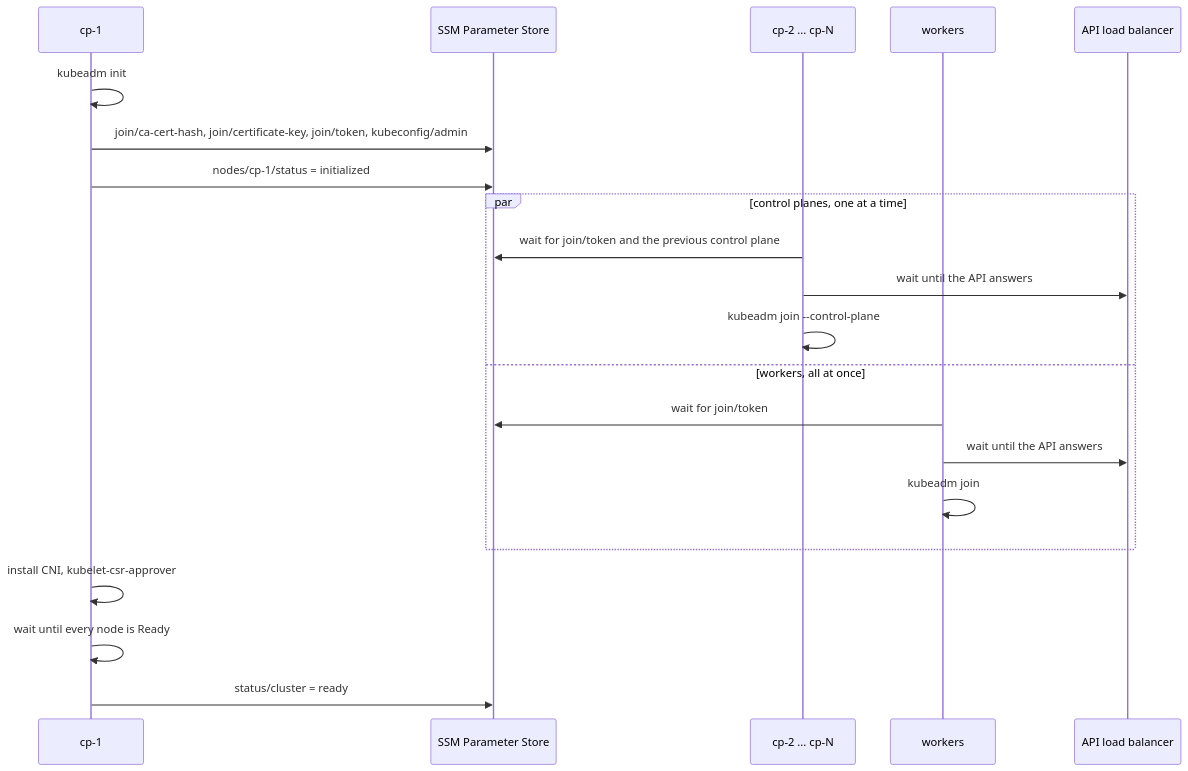
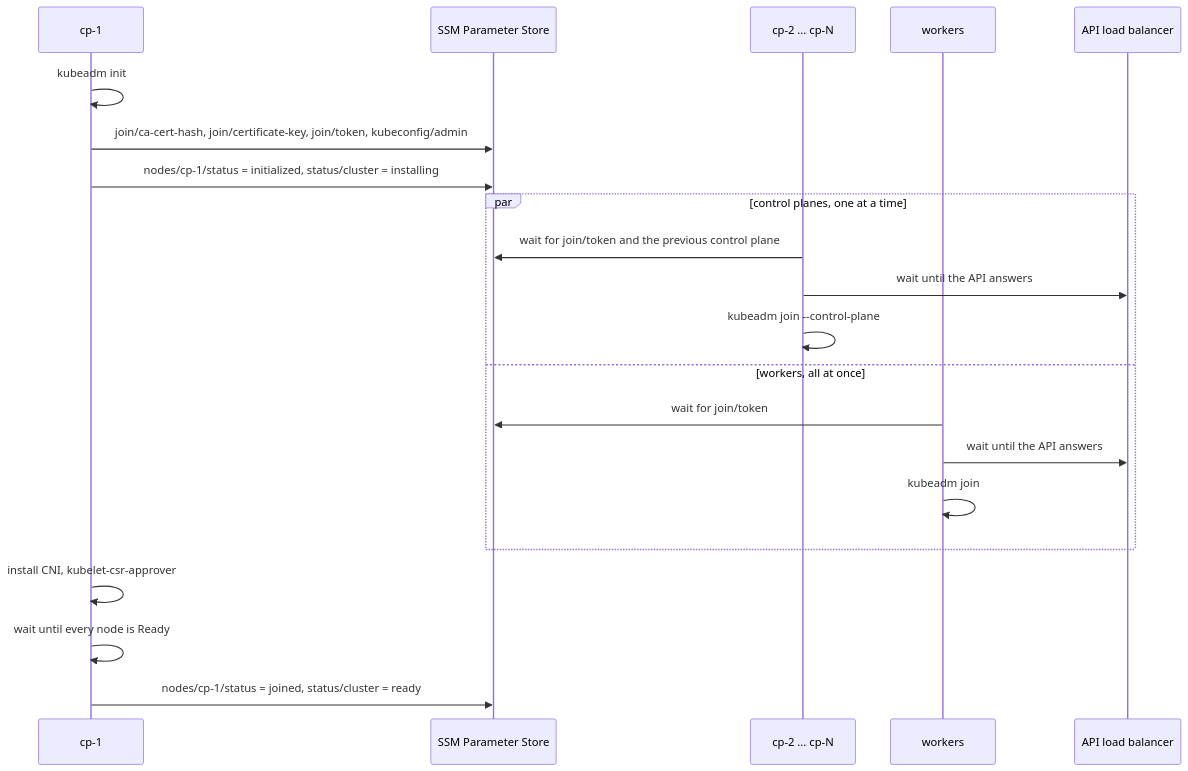
One commit to mauriciomem/kubeadm-cluster-aws changed the second of 2 diagrams in docs/architecture.md. Above: the diagram before and after it, drawn with Mermaid. The commit also changed other lines of this file and 5 other files, not shown here.

````diff
--- a/docs/architecture.md
+++ b/docs/architecture.md
@@ -149,23 +146,23 @@
 ```mermaid
 sequenceDiagram
   participant cp1 as cp-1
   participant ssm as SSM Parameter Store
   participant cpn as cp-2 ... cp-N
   participant w as workers
   participant nlb as API load balancer
   cp1->>cp1: kubeadm init
   cp1->>ssm: join/ca-cert-hash, join/certificate-key, join/token, kubeconfig/admin
-  cp1->>ssm: nodes/cp-1/status = initialized
+  cp1->>ssm: nodes/cp-1/status = initialized, status/cluster = installing
   par control planes, one at a time
     cpn->>ssm: wait for join/token and the previous control plane
     cpn->>nlb: wait until the API answers
     cpn->>cpn: kubeadm join --control-plane
   and workers, all at once
     w->>ssm: wait for join/token
     w->>nlb: wait until the API answers
     w->>w: kubeadm join
   end
   cp1->>cp1: install CNI, kubelet-csr-approver
   cp1->>cp1: wait until every node is Ready
-  cp1->>ssm: status/cluster = ready
+  cp1->>ssm: nodes/cp-1/status = joined, status/cluster = ready
 ```
````
